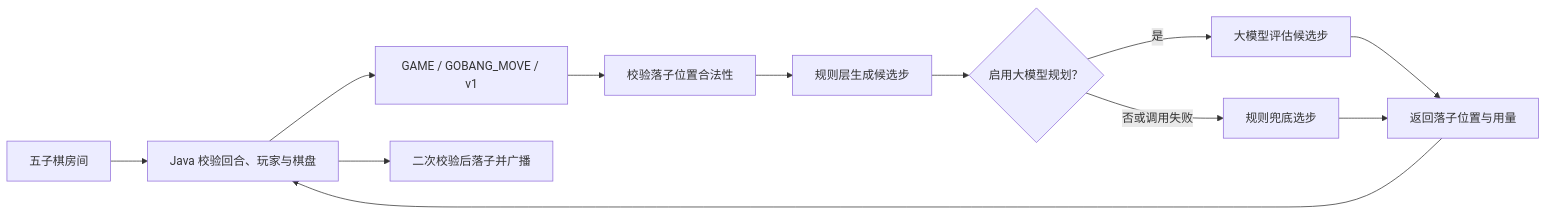
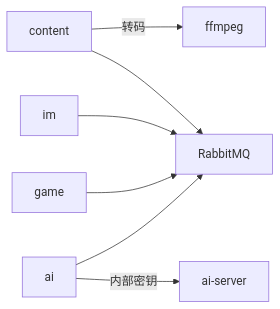
Before and after one commit to pluchon/mengmeng_forum: the eighth of 29 diagrams in README.md, drawn with Mermaid. The commit also changed other lines of this file and 1616 other files, not shown here.

````diff
--- a/README.md
+++ b/README.md
@@ -343,14 +185,9 @@
 ```mermaid
 flowchart LR
-  ROOM["五子棋房间"] --> J["Java 校验回合、玩家与棋盘"]
-  J --> G["GAME / GOBANG_MOVE / v1"]
-  G --> VALID["校验落子位置合法性"]
-  VALID --> RULE["规则层生成候选步"]
-  RULE --> DEC{"启用大模型规划？"}
-  DEC -->|是| PLAN["大模型评估候选步"]
-  DEC -->|否或调用失败| FALLBACK["规则兜底选步"]
-  PLAN --> MOVE["返回落子位置与用量"]
-  FALLBACK --> MOVE
-  MOVE --> J
-  J --> APPLY["二次校验后落子并广播"]
+  CONTENT["content"] -->|转码| FF["ffmpeg"]
+  CONTENT --> MQ["RabbitMQ"]
+  IM["im"] --> MQ
+  GAME["game"] --> MQ
+  AI["ai"] --> MQ
+  AI -->|内部密钥| PY["ai-server"]
 ```
````
